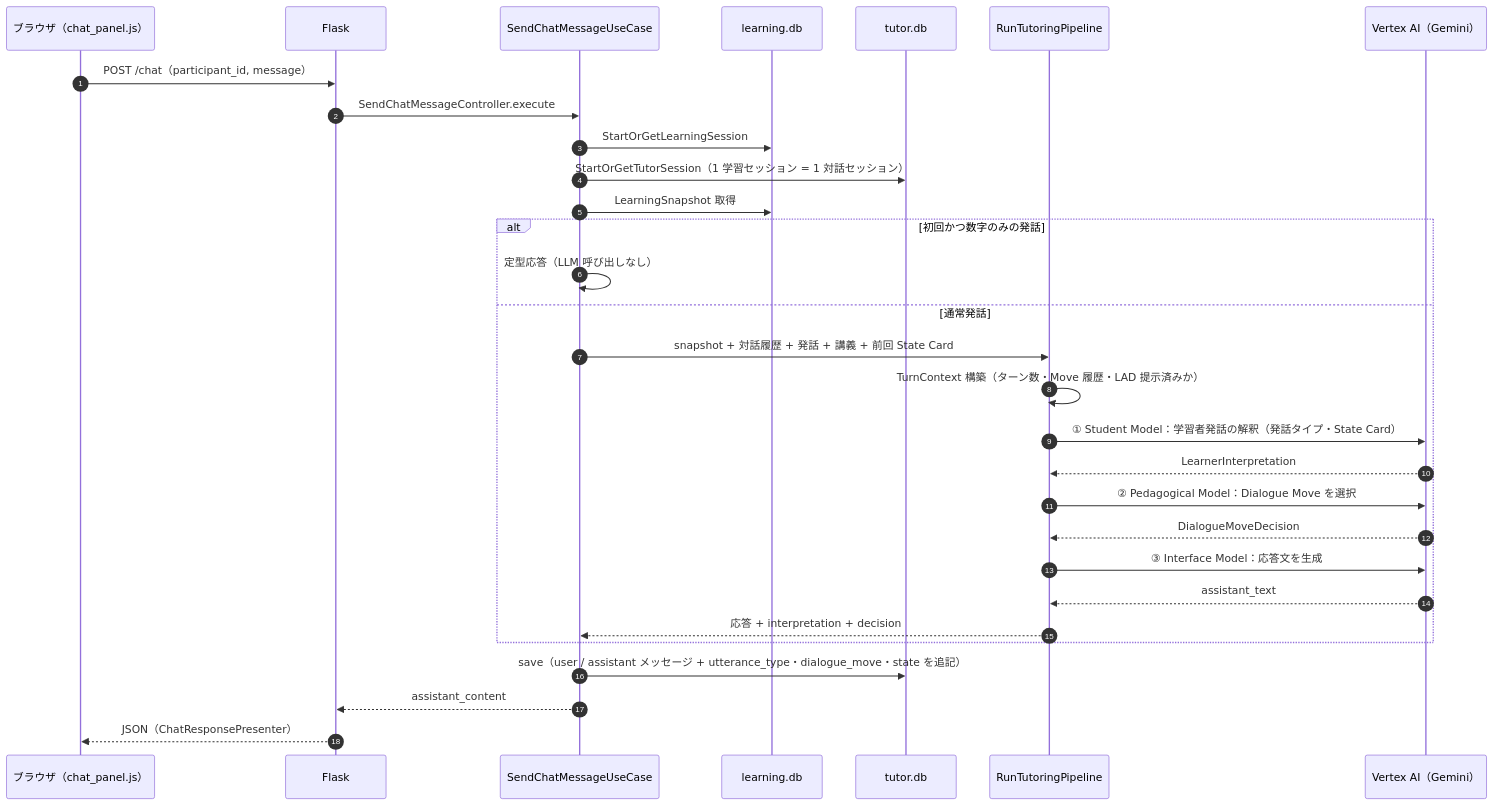
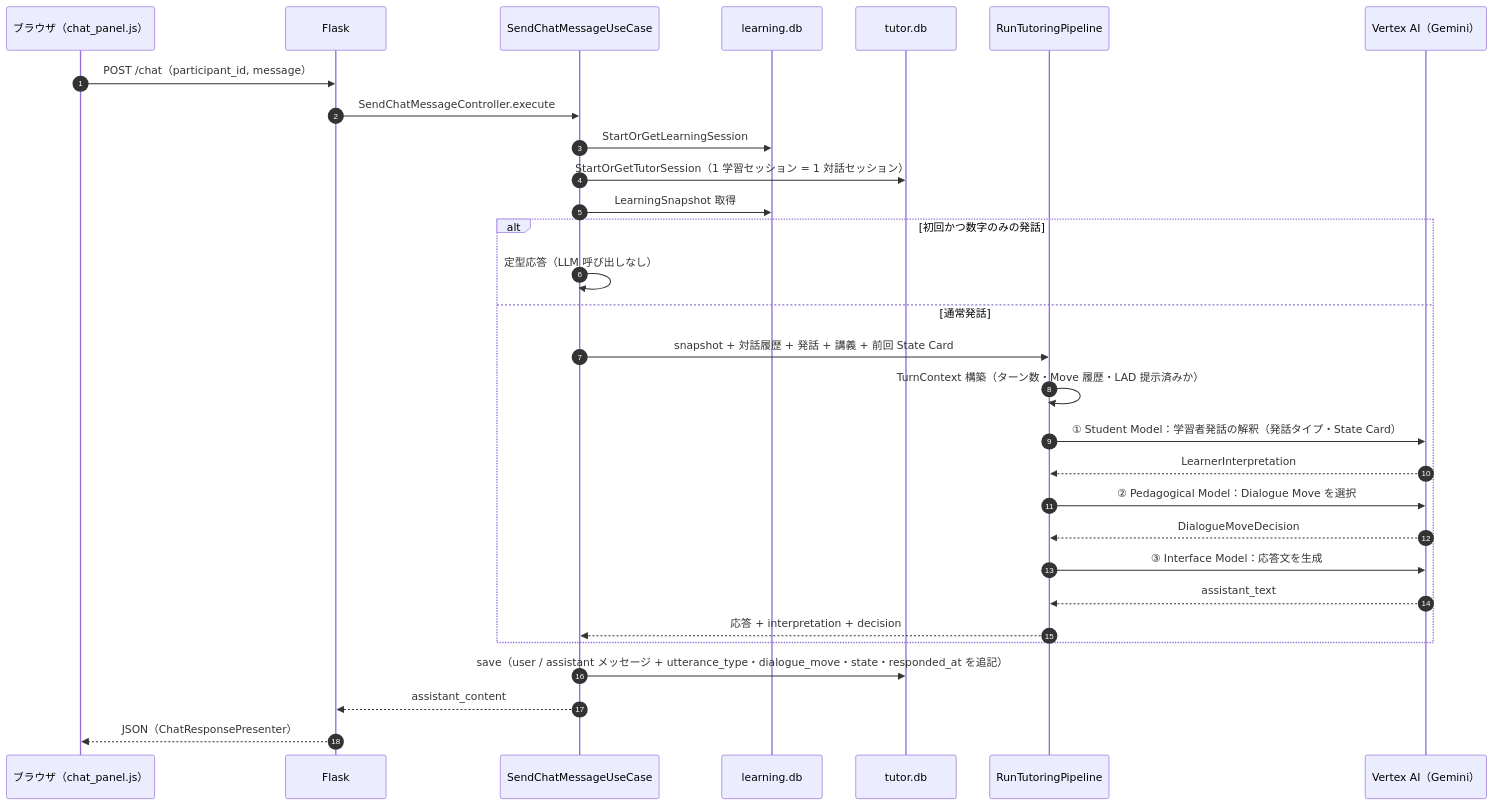
The fifth of 5 diagrams in docs/spec/system-overview.md (Kotan-86/system_support_selfRegulatedLearning), drawn with Mermaid before and after one commit. The commit also changed other lines of this file and 52 other files, not shown here.

````diff
--- a/docs/spec/system-overview.md
+++ b/docs/spec/system-overview.md
@@ -199,33 +200,33 @@
 ```mermaid
 sequenceDiagram
     autonumber
     participant B as ブラウザ（chat_panel.js）
     participant F as Flask
     participant S as SendChatMessageUseCase
     participant LD as learning.db
     participant TD as tutor.db
     participant P as RunTutoringPipeline
     participant G as Vertex AI（Gemini）
 
     B->>F: POST /chat（participant_id, message）
     F->>S: SendChatMessageController.execute
     S->>LD: StartOrGetLearningSession
     S->>TD: StartOrGetTutorSession（1 学習セッション = 1 対話セッション）
     S->>LD: LearningSnapshot 取得
     alt 初回かつ数字のみの発話
         S->>S: 定型応答（LLM 呼び出しなし）
     else 通常発話
         S->>P: snapshot + 対話履歴 + 発話 + 講義 + 前回 State Card
         P->>P: TurnContext 構築（ターン数・Move 履歴・LAD 提示済みか）
         P->>G: ① Student Model：学習者発話の解釈（発話タイプ・State Card）
         G-->>P: LearnerInterpretation
         P->>G: ② Pedagogical Model：Dialogue Move を選択
         G-->>P: DialogueMoveDecision
         P->>G: ③ Interface Model：応答文を生成
         G-->>P: assistant_text
         P-->>S: 応答 + interpretation + decision
     end
-    S->>TD: save（user / assistant メッセージ + utterance_type・dialogue_move・state を追記）
+    S->>TD: save（user / assistant メッセージ + utterance_type・dialogue_move・state・responded_at を追記）
     S-->>F: assistant_content
     F-->>B: JSON（ChatResponsePresenter）
 ```
````
